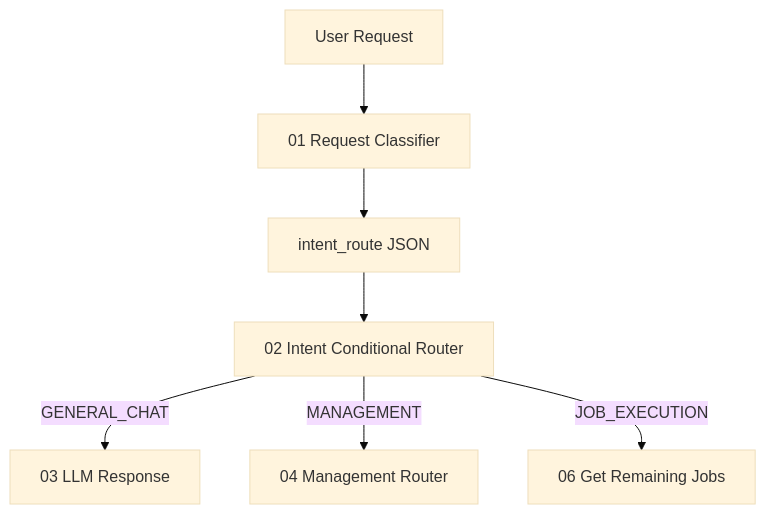
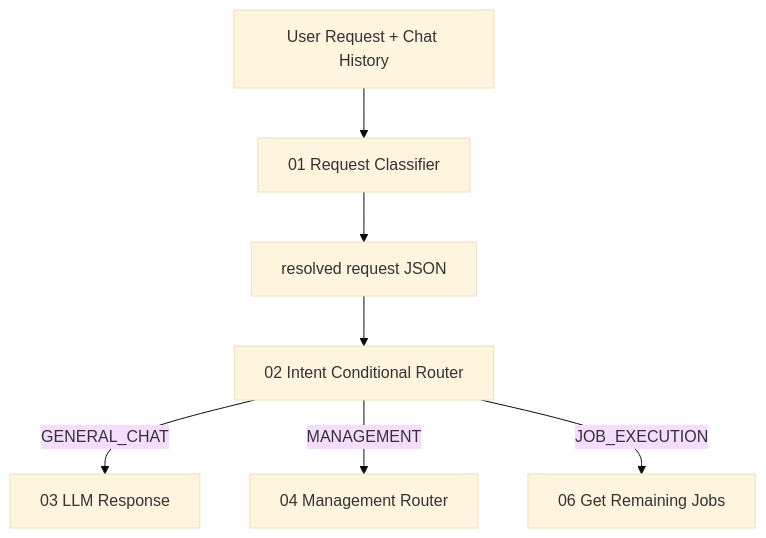
Before and after one commit to seongikjin227-jpg/refactoring_smartMigrate: the first of 5 diagrams in smartMigrate_2.0_Langflow/00_guide/00_architecture_chapter2_chat_management.md, drawn with Mermaid (base theme). The commit also changed other lines of this file and 17 other files, not shown here.

Commit message:
feat : sql_seq 추가 및 chat history 구조 추가

````diff
--- a/smartMigrate_2.0_Langflow/00_guide/00_architecture_chapter2_chat_management.md
+++ b/smartMigrate_2.0_Langflow/00_guide/00_architecture_chapter2_chat_management.md
@@ -7,9 +7,9 @@
 ```mermaid
 flowchart TD
-    IN[User Request] --> C01[01 Request Classifier]
-    C01 --> JSON01[intent_route JSON]
+    IN[User Request + Chat History] --> C01[01 Request Classifier]
+    C01 --> JSON01[resolved request JSON]
     JSON01 --> R02[02 Intent Conditional Router]
     R02 -->|GENERAL_CHAT| G03[03 LLM Response]
     R02 -->|MANAGEMENT| M04[04 Management Router]
     R02 -->|JOB_EXECUTION| J06[06 Get Remaining Jobs]
 ```
````
